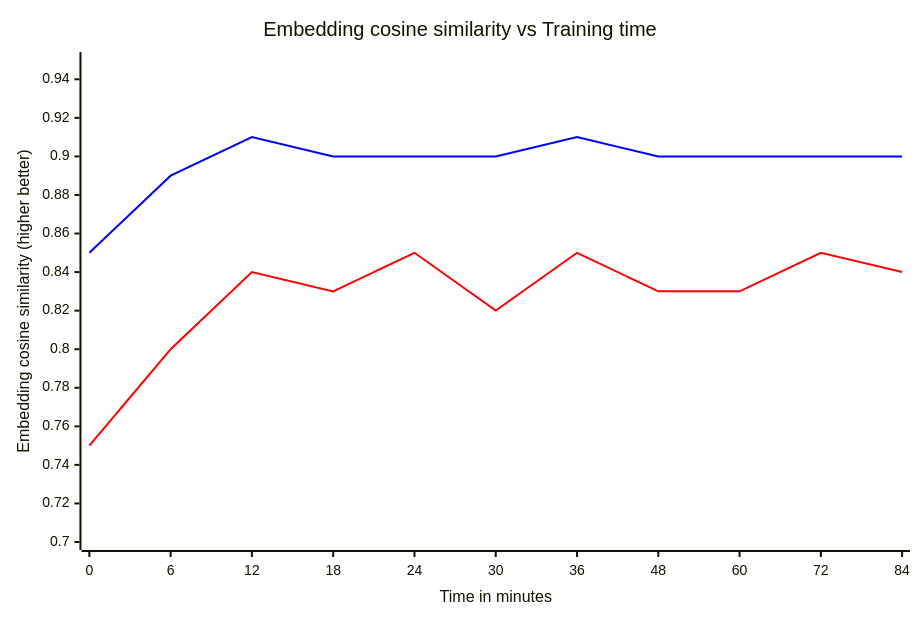
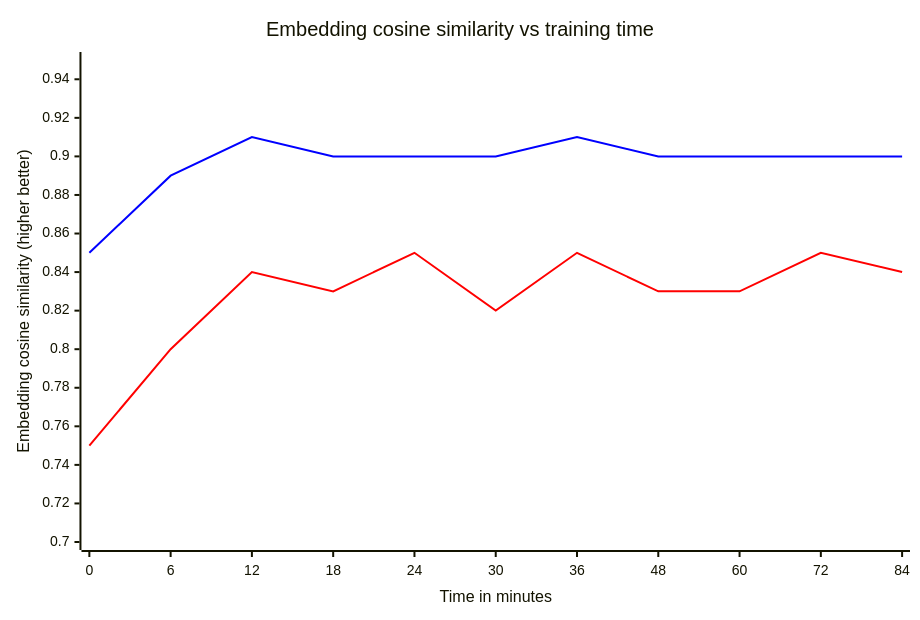
The third of 4 diagrams in content/handbook/engineering/architecture/design-documents/self_hosted_finetuning/_index.md (zalyoung/gitlab-handbook), drawn with Mermaid before and after one commit.

Commit message:
Apply 1 suggestion(s) to 1 file(s)

````diff
--- a/content/handbook/engineering/architecture/design-documents/self_hosted_finetuning/_index.md
+++ b/content/handbook/engineering/architecture/design-documents/self_hosted_finetuning/_index.md
@@ -191,17 +191,17 @@
 ```mermaid
 ---
 config:
     xyChart:
         width: 900
         height: 600
     themeVariables:
         xyChart:
             plotColorPalette: "#ff0000, #0000ff"
 ---
 xychart-beta
-    title "Embedding cosine similarity vs Training time"
+    title "Embedding cosine similarity vs training time"
     x-axis "Time in minutes" [0, 6, 12, 18, 24, 30, 36, 48, 60, 72, 84]
     y-axis "Embedding cosine similarity (higher better)" 0.7 --> 0.95
     line [0.75, 0.80, 0.84, 0.83, 0.85, 0.82, 0.85, 0.83, 0.83, 0.85, 0.84]
     line [0.85, 0.89, 0.91, 0.90, 0.90, 0.90, 0.91, 0.90, 0.90, 0.90, 0.90]
 ```
````
